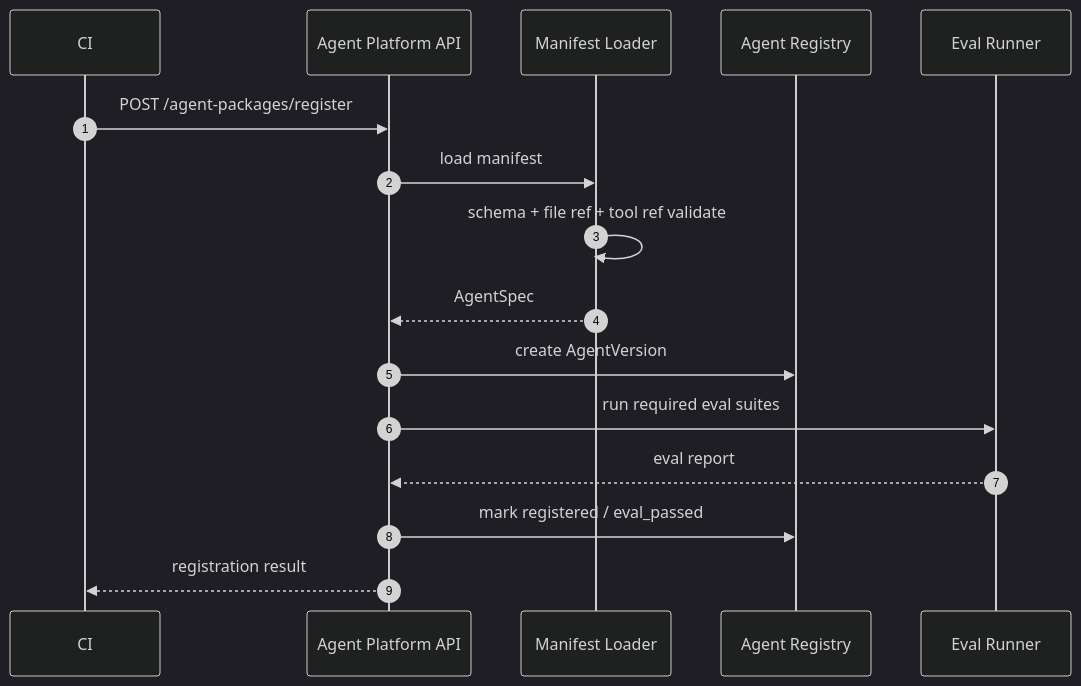
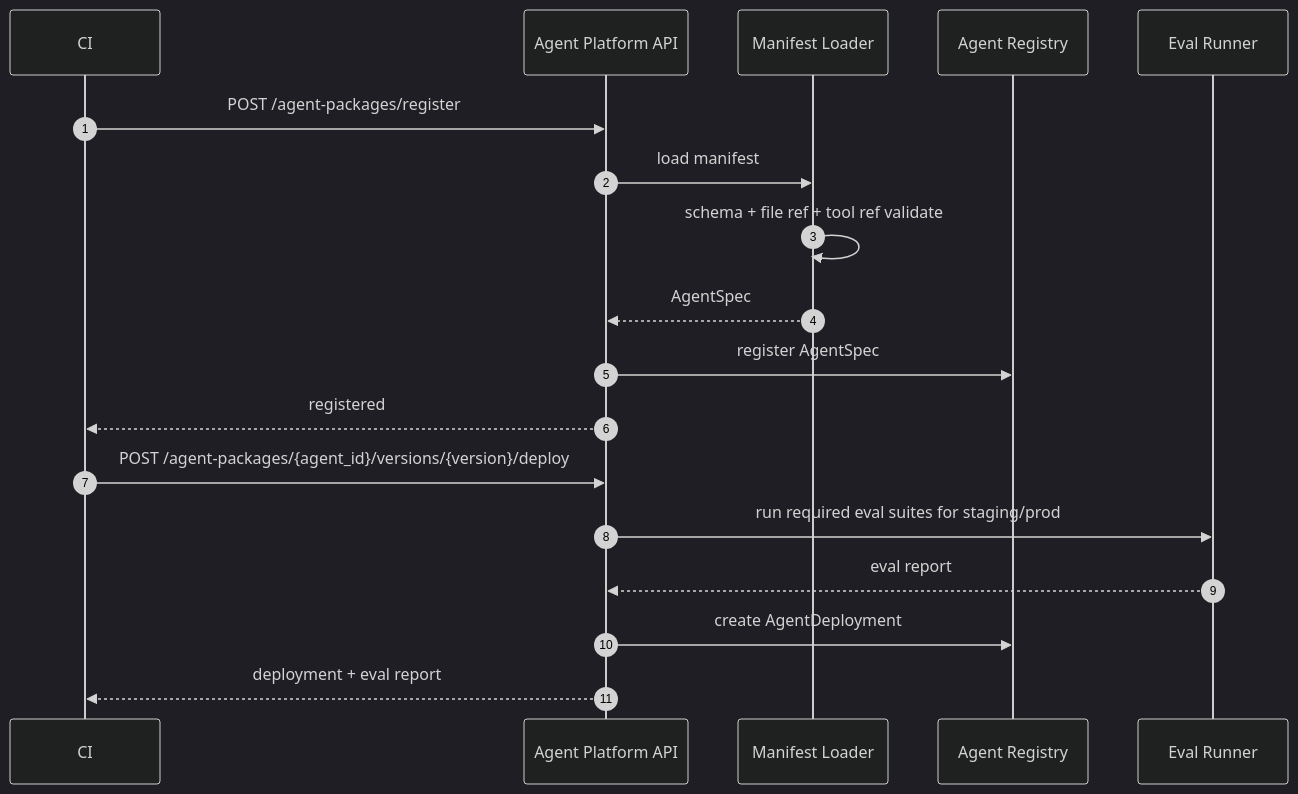
One commit to agent-loom/loom changed the diagram in docs/contracts/agent-manifest-v1.md. Above: the diagram before and after it, drawn with Mermaid (dark theme). The commit also changed other lines of this file and 15 other files, not shown here.

````diff
--- a/docs/contracts/agent-manifest-v1.md
+++ b/docs/contracts/agent-manifest-v1.md
@@ -210,19 +215,21 @@
 ```mermaid
 sequenceDiagram
     autonumber
     participant CI as CI
     participant API as Agent Platform API
     participant Loader as Manifest Loader
     participant Registry as Agent Registry
     participant Eval as Eval Runner
 
     CI->>API: POST /agent-packages/register
     API->>Loader: load manifest
     Loader->>Loader: schema + file ref + tool ref validate
     Loader-->>API: AgentSpec
-    API->>Registry: create AgentVersion
-    API->>Eval: run required eval suites
+    API->>Registry: register AgentSpec
+    API-->>CI: registered
+    CI->>API: POST /agent-packages/{agent_id}/versions/{version}/deploy
+    API->>Eval: run required eval suites for staging/prod
     Eval-->>API: eval report
-    API->>Registry: mark registered / eval_passed
-    API-->>CI: registration result
+    API->>Registry: create AgentDeployment
+    API-->>CI: deployment + eval report
 ```
````
